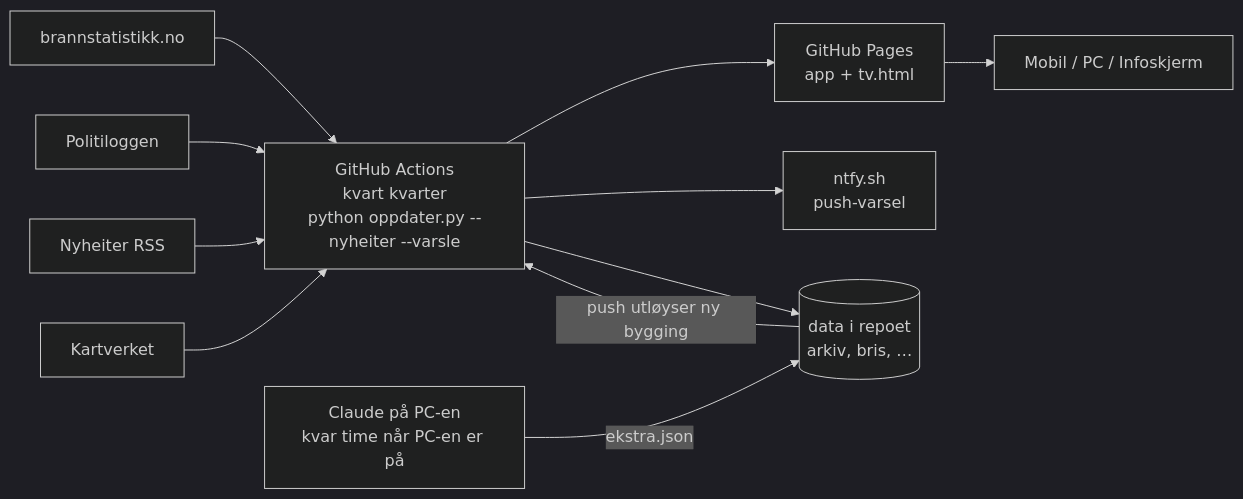
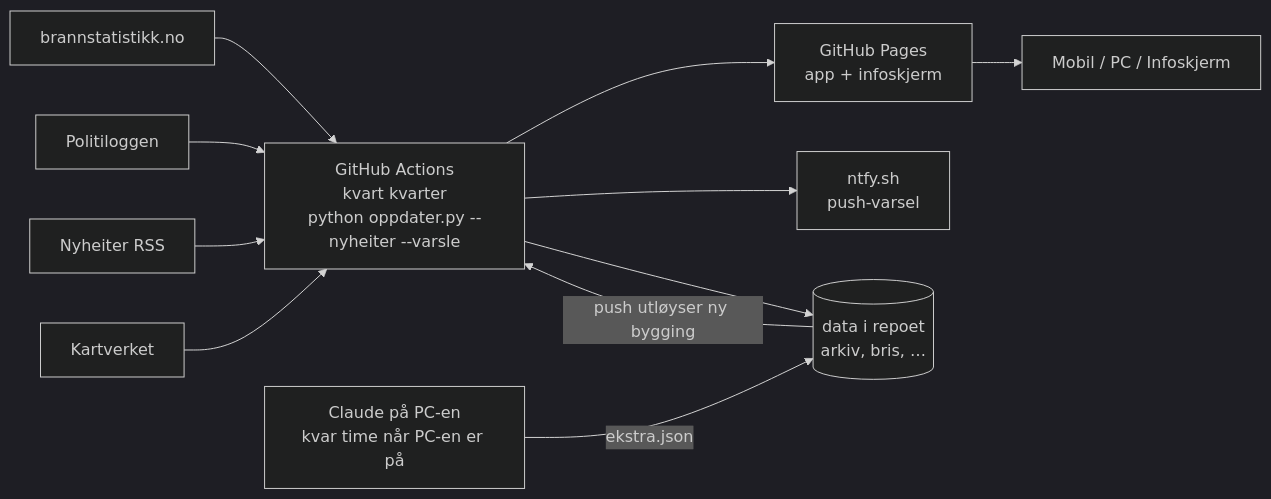
The diagram in README.md (Lillerud-land1/brannlogg), drawn with Mermaid (dark theme) before and after one commit. The commit also changed other lines of this file and 4 other files, not shown here.

````diff
--- a/README.md
+++ b/README.md
@@ -65,13 +65,13 @@
 ```mermaid
 flowchart LR
   BRIS[brannstatistikk.no] --> GH
   POL[Politiloggen] --> GH
   RSS[Nyheiter RSS] --> GH
   KV[Kartverket] --> GH
-  GH["GitHub Actions<br/>kvart kvarter<br/>python oppdater.py --nyheiter --varsle"] --> PAGES[GitHub Pages<br/>app + tv.html]
+  GH["GitHub Actions<br/>kvart kvarter<br/>python oppdater.py --nyheiter --varsle"] --> PAGES[GitHub Pages<br/>app + infoskjerm]
   GH --> NTFY[ntfy.sh<br/>push-varsel]
   GH --> REPO[(data i repoet<br/>arkiv, bris, …)]
   PC["Claude på PC-en<br/>kvar time når PC-en er på"] -->|ekstra.json| REPO
   REPO -->|push utløyser ny bygging| GH
   PAGES --> MOB[Mobil / PC / Infoskjerm]
 ```
````
